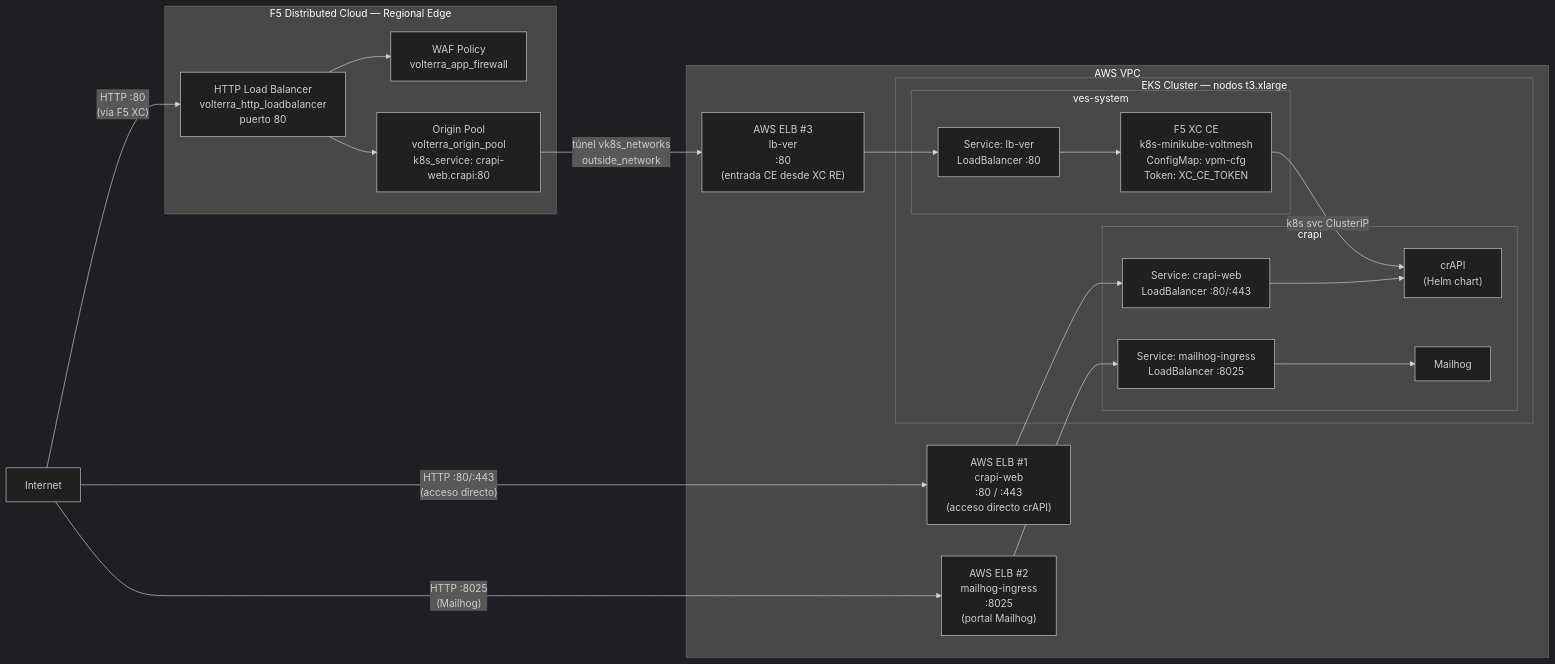
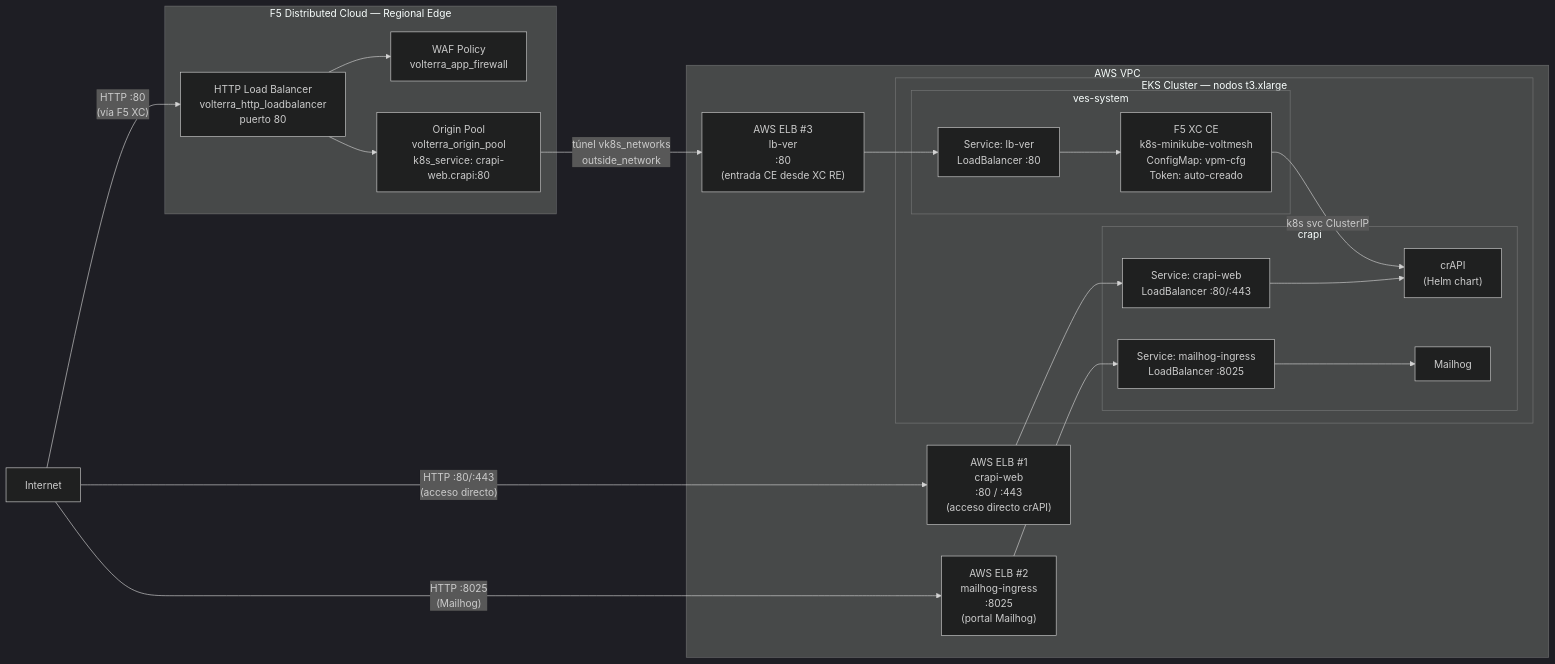
One commit to Access-Quality/f5-xc-terraform-examples changed the diagram in readme/README-f5xc-api-ce-eks-apply.md. Above: the diagram before and after it, drawn with Mermaid (dark theme). The commit also changed other lines of this file, not shown here.

Commit message:
docs: actualizar README - XC_CE_TOKEN ahora es opcional, token se auto-crea

````diff
--- a/readme/README-f5xc-api-ce-eks-apply.md
+++ b/readme/README-f5xc-api-ce-eks-apply.md
@@ -384,44 +386,44 @@
 ```mermaid
 flowchart LR
   INET[Internet]
 
   subgraph XC_PLATFORM[F5 Distributed Cloud — Regional Edge]
     XC_LB["HTTP Load Balancer\nvolterra_http_loadbalancer\npuerto 80"]
     XC_WAF["WAF Policy\nvolterra_app_firewall"]
     XC_OP["Origin Pool\nvolterra_origin_pool\nk8s_service: crapi-web.crapi:80"]
     XC_LB --> XC_WAF
     XC_LB --> XC_OP
   end
 
   subgraph AWS_VPC[AWS VPC]
     ELB1["AWS ELB #1\ncrapi-web\n:80 / :443\n(acceso directo crAPI)"]
     ELB2["AWS ELB #2\nmailhog-ingress\n:8025\n(portal Mailhog)"]
     ELB3["AWS ELB #3\nlb-ver\n:80\n(entrada CE desde XC RE)"]
 
     subgraph EKS["EKS Cluster — nodos t3.xlarge"]
       subgraph NS_VES[ves-system]
-        CE["F5 XC CE\nk8s-minikube-voltmesh\nConfigMap: vpm-cfg\nToken: XC_CE_TOKEN"]
+        CE["F5 XC CE\nk8s-minikube-voltmesh\nConfigMap: vpm-cfg\nToken: auto-creado"]
         LB_VER["Service: lb-ver\nLoadBalancer :80"]
       end
       subgraph NS_CRAPI[crapi]
         CRAPI_SVC["Service: crapi-web\nLoadBalancer :80/:443"]
         MAILHOG_SVC["Service: mailhog-ingress\nLoadBalancer :8025"]
         CRAPI_APP["crAPI\n(Helm chart)"]
         MAILHOG_APP["Mailhog"]
         CRAPI_SVC --> CRAPI_APP
         MAILHOG_SVC --> MAILHOG_APP
       end
     end
 
     ELB1 --> CRAPI_SVC
     ELB2 --> MAILHOG_SVC
     ELB3 --> LB_VER
     LB_VER --> CE
   end
 
   INET -->|"HTTP :80\n(vía F5 XC)"| XC_LB
   INET -->|"HTTP :80/:443\n(acceso directo)"| ELB1
   INET -->|"HTTP :8025\n(Mailhog)"| ELB2
   XC_OP -->|"túnel vk8s_networks\noutside_network"| ELB3
   CE -->|"k8s svc ClusterIP"| CRAPI_APP
 ```
````
